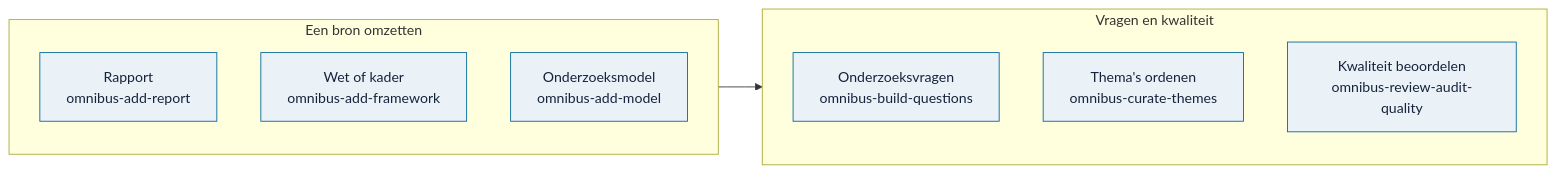
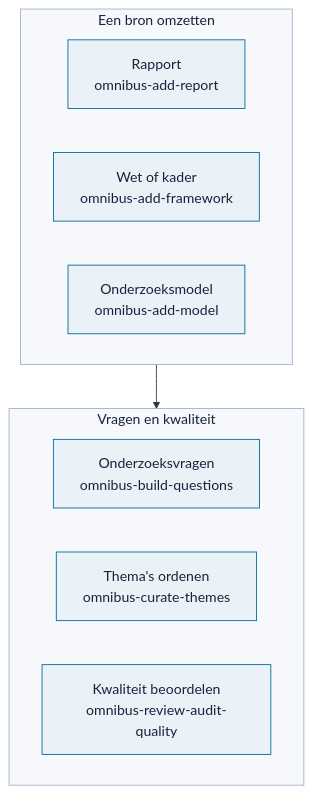
One commit to Robert-Worm/omnibus changed the diagram in skills/README.md. Above: the diagram before and after it, drawn with Mermaid. The commit also changed 29 other files, not shown here.

First line of the commit message:
Beeld en schema's: scherp in licht en donker (#130)

````diff
--- a/skills/README.md
+++ b/skills/README.md
@@ -11,15 +11,17 @@
 ```mermaid
-flowchart LR
+flowchart TD
     subgraph Bron["Een bron omzetten"]
         R["Rapport<br/>omnibus-add-report"]
         F["Wet of kader<br/>omnibus-add-framework"]
         M["Onderzoeksmodel<br/>omnibus-add-model"]
     end
     subgraph Kwaliteit["Vragen en kwaliteit"]
         Q["Onderzoeksvragen<br/>omnibus-build-questions"]
         T["Thema's ordenen<br/>omnibus-curate-themes"]
         K["Kwaliteit beoordelen<br/>omnibus-review-audit-quality"]
     end
     Bron --> Kwaliteit
     classDef default fill:#eaf2f8,stroke:#01689b,color:#15233b;
+    classDef groep fill:#f6f8fb,stroke:#9fb3c8,color:#15233b;
+    class Bron,Kwaliteit groep;
 ```
````
